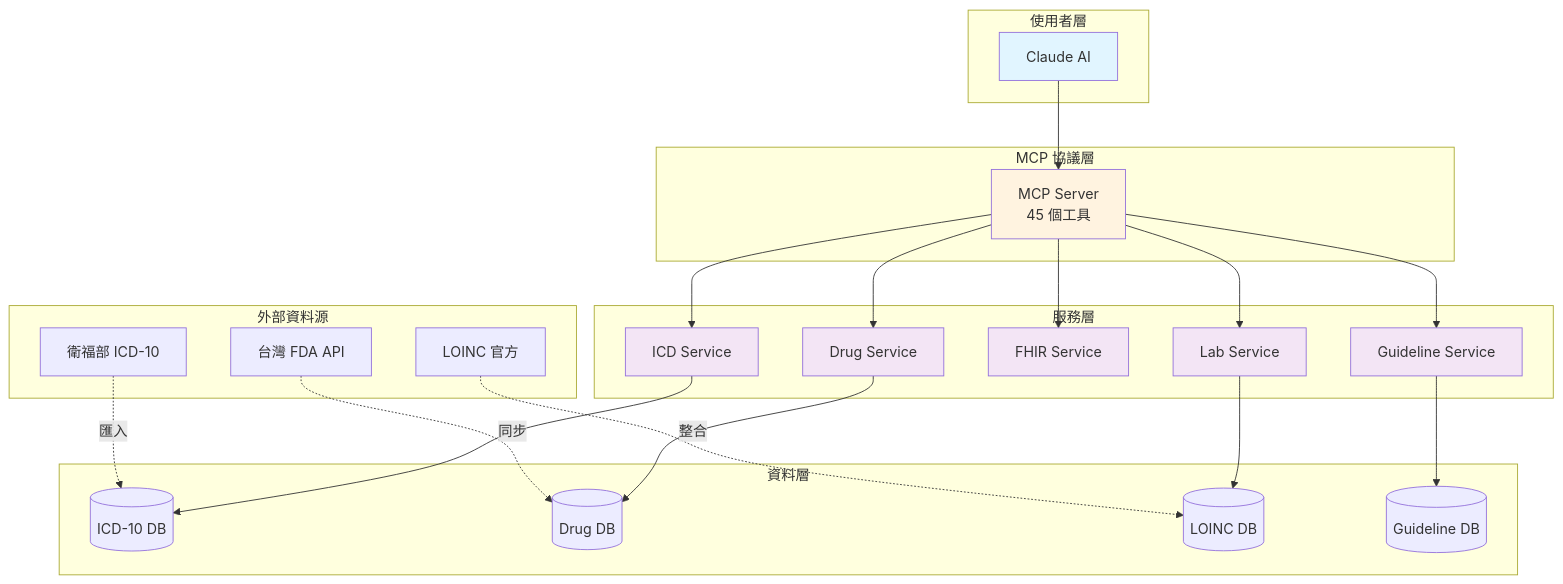
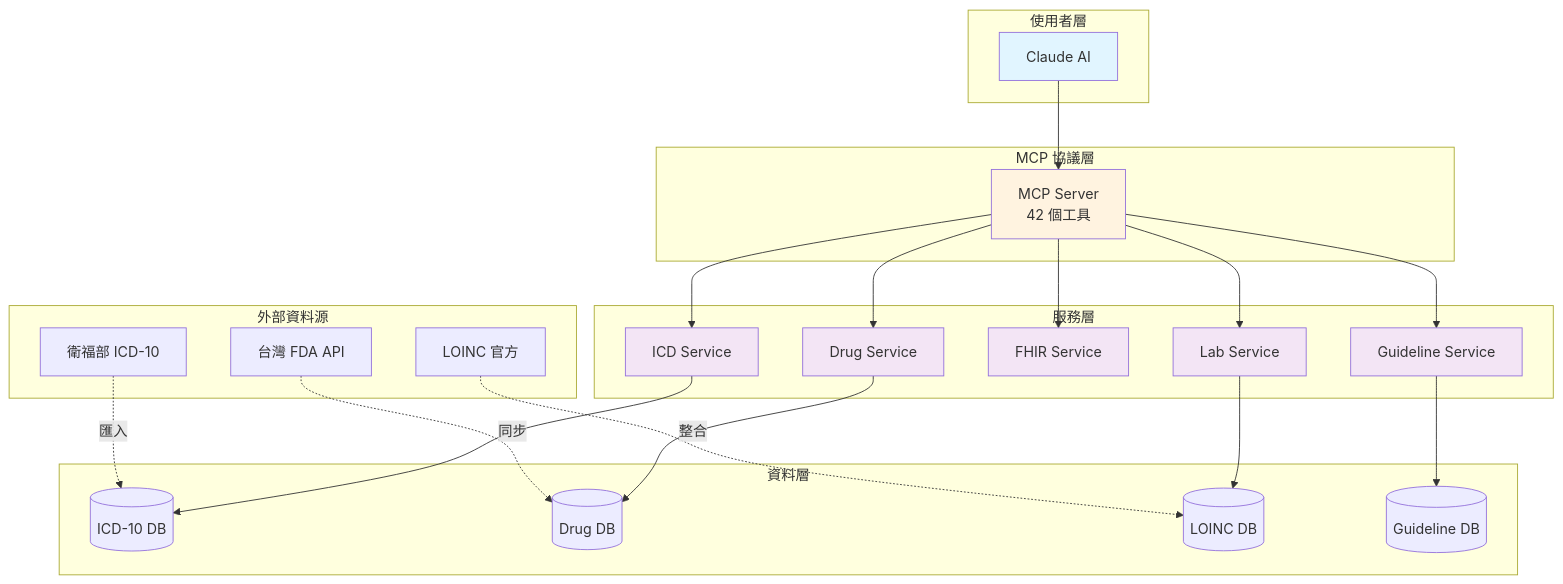
One commit to healthymind-tech/Taiwan-Health-MCP changed the diagram in docs/index.md. Above: the diagram before and after it, drawn with Mermaid. The commit also changed other lines of this file and 11 other files, not shown here.

````diff
--- a/docs/index.md
+++ b/docs/index.md
@@ -109,55 +109,55 @@
 ```mermaid
 graph TB
     subgraph "使用者層"
         A[Claude AI]
     end
 
     subgraph "MCP 協議層"
-        B[MCP Server<br/>45 個工具]
+        B[MCP Server<br/>42 個工具]
     end
 
     subgraph "服務層"
         C1[ICD Service]
         C2[Drug Service]
         C3[FHIR Service]
         C4[Lab Service]
         C5[Guideline Service]
     end
 
     subgraph "資料層"
         D1[(ICD-10 DB)]
         D2[(Drug DB)]
         D3[(LOINC DB)]
         D4[(Guideline DB)]
     end
 
     subgraph "外部資料源"
         E1[台灣 FDA API]
         E2[LOINC 官方]
         E3[衛福部 ICD-10]
     end
 
     A --> B
     B --> C1
     B --> C2
     B --> C3
     B --> C4
     B --> C5
 
     C1 --> D1
     C2 --> D2
     C4 --> D3
     C5 --> D4
 
     E1 -.->|同步| D2
     E2 -.->|整合| D3
     E3 -.->|匯入| D1
 
     style A fill:#e1f5ff
     style B fill:#fff3e0
     style C1 fill:#f3e5f5
     style C2 fill:#f3e5f5
     style C3 fill:#f3e5f5
     style C4 fill:#f3e5f5
     style C5 fill:#f3e5f5
 ```
````
